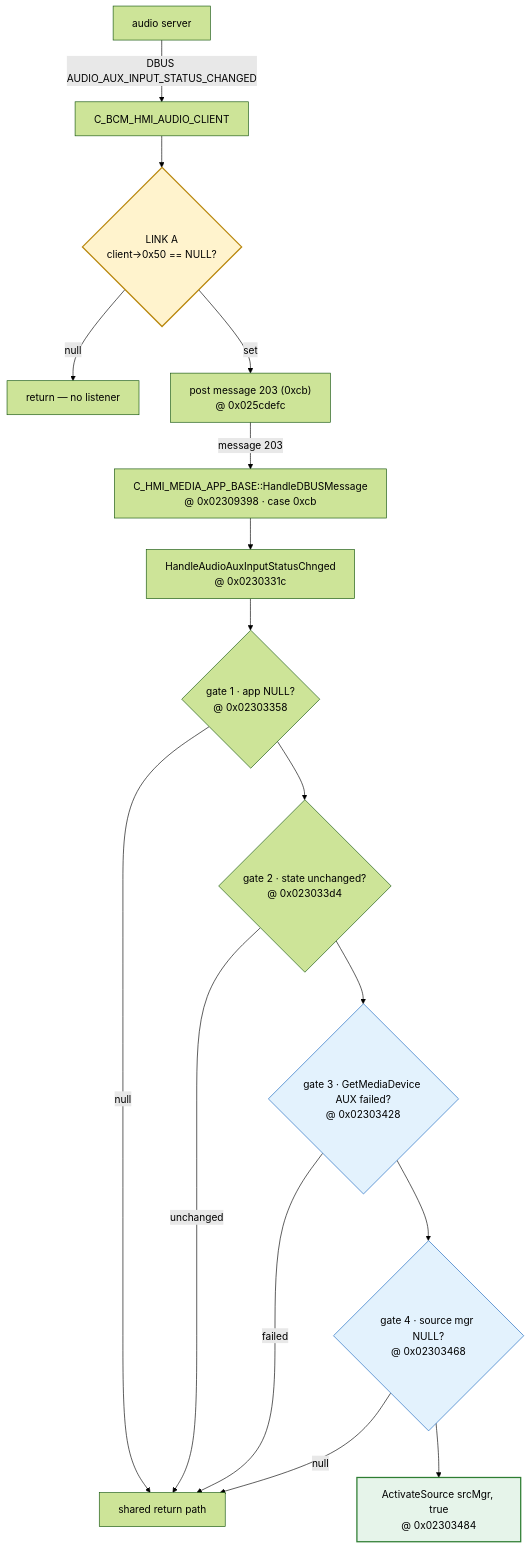
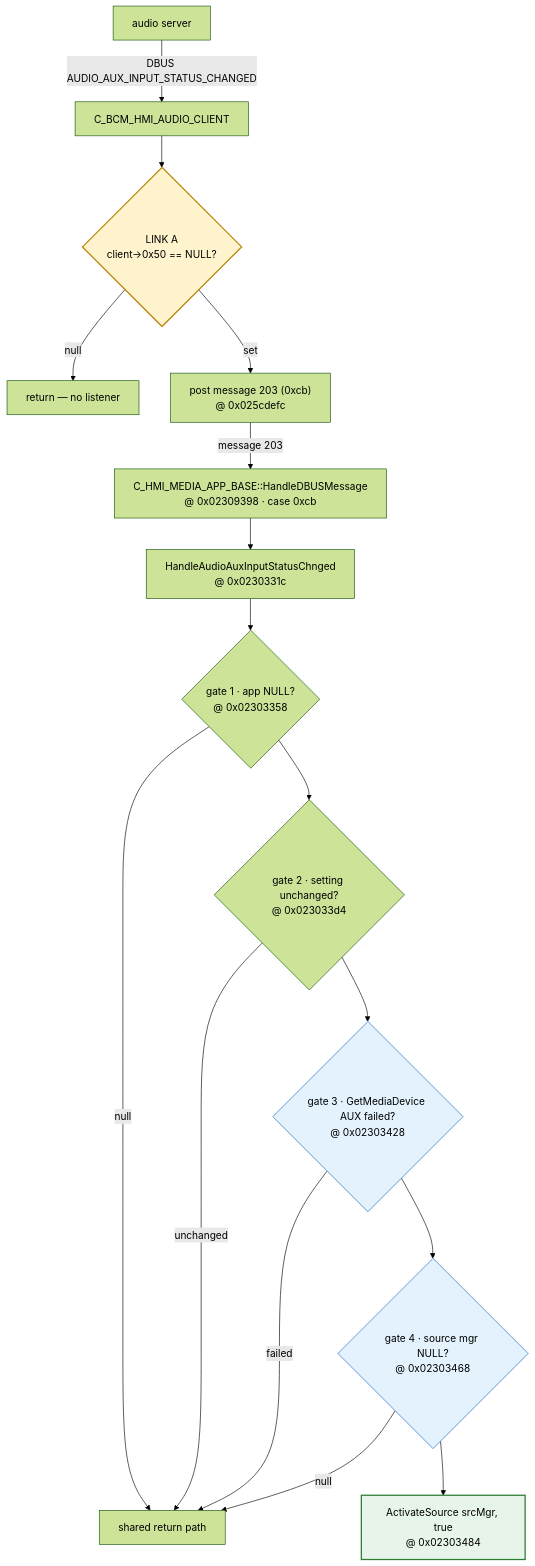
Before and after one commit to KRoperUK/smeg-plus-patches: the diagram in docs/AUX_CHAIN.md, drawn with Mermaid (forest theme). The commit also changed other lines of this file and 50 other files, not shown here.

````diff
--- a/docs/AUX_CHAIN.md
+++ b/docs/AUX_CHAIN.md
@@ -15,22 +222,22 @@
 ```mermaid
 flowchart TD
     AS["audio server"] -->|"DBUS AUDIO_AUX_INPUT_STATUS_CHANGED"| CL["C_BCM_HMI_AUDIO_CLIENT"]
     CL --> LA{"LINK A<br/>client-&gt;0x50 == NULL?"}:::unknown
     LA -->|null| STOP["return — no listener"]
     LA -->|set| P203["post message 203 (0xcb)<br/>@ 0x025cdefc"]
     P203 -->|message 203| HDB["C_HMI_MEDIA_APP_BASE::HandleDBUSMessage<br/>@ 0x02309398 · case 0xcb"]
     HDB --> H["HandleAudioAuxInputStatusChnged<br/>@ 0x0230331c"]
     H --> G1{"gate 1 · app NULL?<br/>@ 0x02303358"}
     G1 -->|null| R["shared return path"]
-    G1 --> G2{"gate 2 · state unchanged?<br/>@ 0x023033d4"}
+    G1 --> G2{"gate 2 · setting unchanged?<br/>@ 0x023033d4"}
     G2 -->|unchanged| R
     G2 --> G3{"gate 3 · GetMediaDevice AUX failed?<br/>@ 0x02303428"}:::never
     G3 -->|failed| R
     G3 --> G4{"gate 4 · source mgr NULL?<br/>@ 0x02303468"}:::never
     G4 -->|null| R
     G4 --> ACT["ActivateSource srcMgr, true<br/>@ 0x02303484"]:::ok
 
     classDef unknown fill:#fff3cd,stroke:#b8860b,stroke-width:2px;
     classDef never fill:#e3f2fd,stroke:#1565c0;
     classDef ok fill:#e6f4ea,stroke:#2e7d32,stroke-width:2px;
 ```
````
